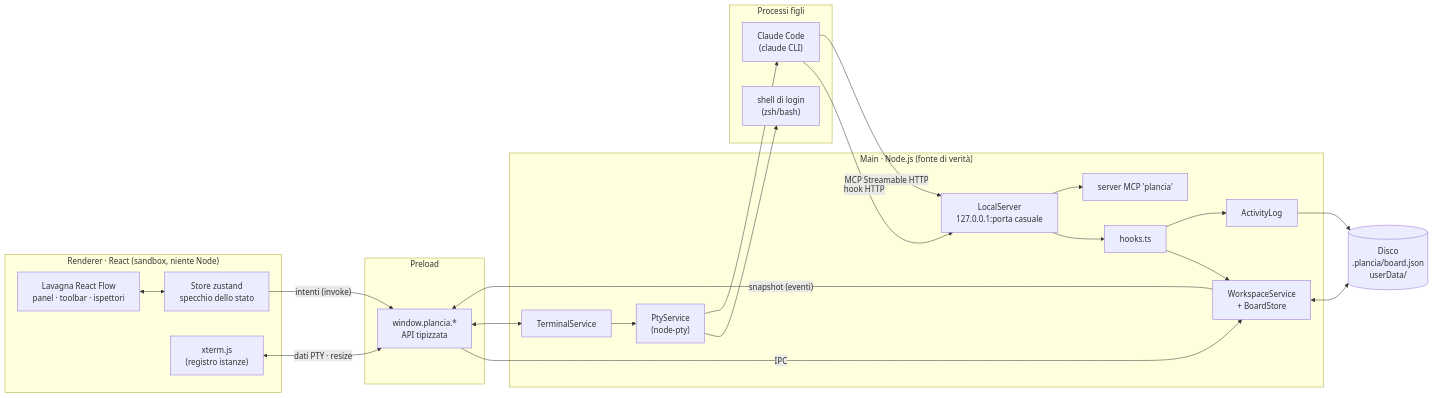
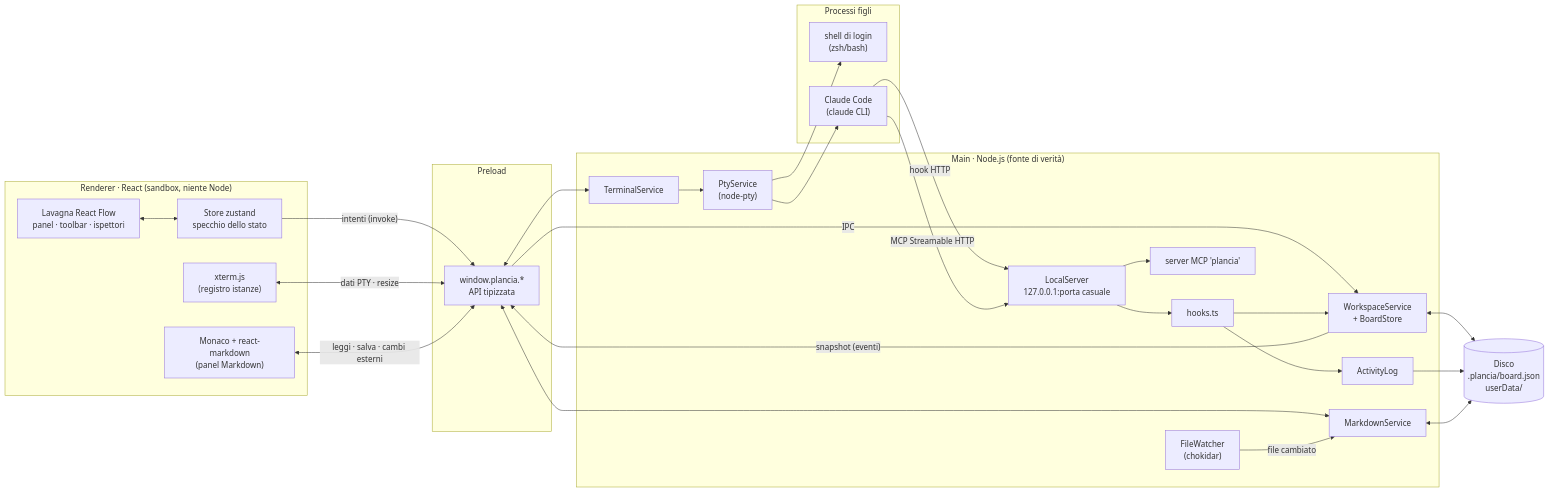
The first of 10 diagrams in ARCHITECTURE.md (Marco-Pagnanini/OpenPlancia), drawn with Mermaid before and after one commit. The commit also changed other lines of this file and 30 other files, not shown here.

````diff
--- a/ARCHITECTURE.md
+++ b/ARCHITECTURE.md
@@ -12,46 +12,53 @@
 ```mermaid
 flowchart LR
   subgraph R["Renderer · React (sandbox, niente Node)"]
     UI["Lavagna React Flow<br/>panel · toolbar · ispettori"]
     ST["Store zustand<br/>specchio dello stato"]
     XT["xterm.js<br/>(registro istanze)"]
+    ED["Monaco + react-markdown<br/>(panel Markdown)"]
   end
 
   subgraph P["Preload"]
     API["window.plancia.*<br/>API tipizzata"]
   end
 
   subgraph M["Main · Node.js (fonte di verità)"]
     WS["WorkspaceService<br/>+ BoardStore"]
     TS["TerminalService"]
     PTY["PtyService<br/>(node-pty)"]
     SRV["LocalServer<br/>127.0.0.1:porta casuale"]
     HK["hooks.ts"]
     MCP["server MCP 'plancia'"]
     ACT["ActivityLog"]
+    MD["MarkdownService"]
+    FW["FileWatcher<br/>(chokidar)"]
   end
 
   subgraph X["Processi figli"]
     SH["shell di login<br/>(zsh/bash)"]
     CC["Claude Code<br/>(claude CLI)"]
   end
 
   DISK[("Disco<br/>.plancia/board.json<br/>userData/")]
 
   UI <--> ST
   ST -- "intenti (invoke)" --> API
   API -- "IPC" --> WS
   WS -- "snapshot (eventi)" --> API
   XT <-- "dati PTY · resize" --> API
   API <--> TS
   TS --> PTY
   PTY --> SH
   PTY --> CC
   CC -- "hook HTTP" --> SRV
   CC -- "MCP Streamable HTTP" --> SRV
   SRV --> HK --> WS
   HK --> ACT
   SRV --> MCP
   WS <--> DISK
   ACT --> DISK
+  ED <-- "leggi · salva · cambi esterni" --> API
+  API <--> MD
+  MD <--> DISK
+  FW -- "file cambiato" --> MD
 ```
````
